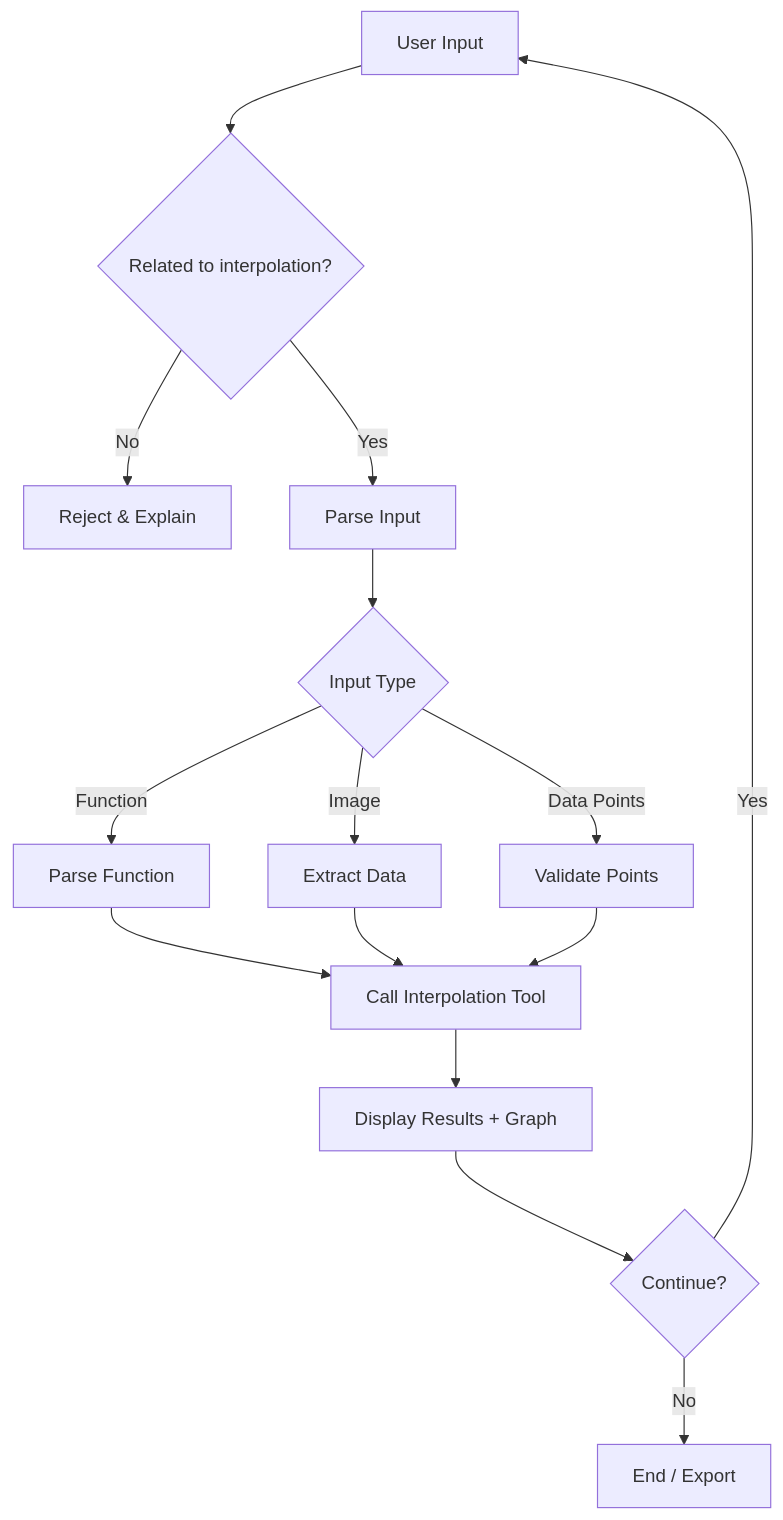
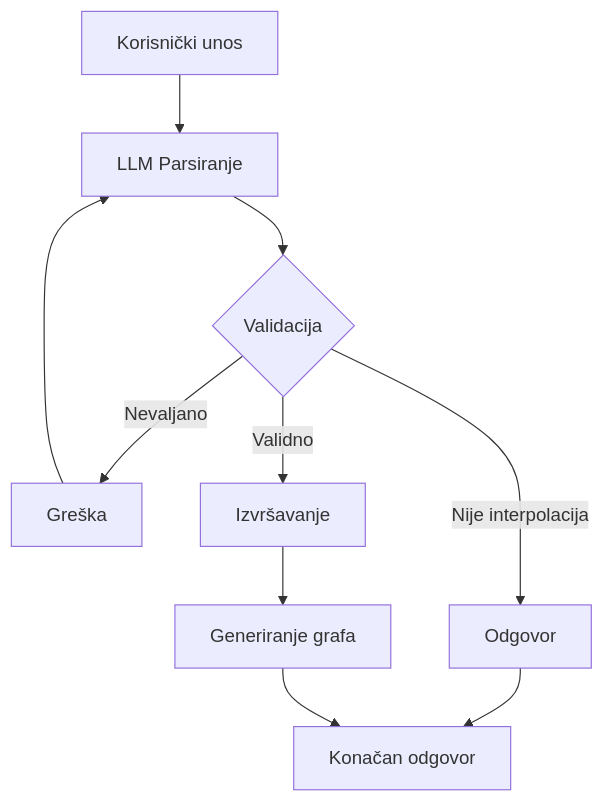
One commit to kadusic1/interpolator-ai changed the second of 2 diagrams in README.md. Above: the diagram before and after it, drawn with Mermaid. The commit also changed other lines of this file and 2 other files, not shown here.

````diff
--- a/README.md
+++ b/README.md
@@ -36,15 +61,8 @@
 ```mermaid
 flowchart TD
-    A[User Input] --> B{Related to interpolation?}
-    B -->|No| C[Reject & Explain]
-    B -->|Yes| D[Parse Input]
-    D --> E{Input Type}
-    E -->|Function| F[Parse Function]
-    E -->|Image| G[Extract Data]
-    E -->|Data Points| H[Validate Points]
-    F & G & H --> I[Call Interpolation Tool]
-    I --> J[Display Results + Graph]
-    J --> K{Continue?}
-    K -->|Yes| A
-    K -->|No| L[End / Export]
+    Start[Korisnički unos] --> Parse[LLM Parsiranje]
+    Parse --> Review{Validacija}
+    Review -->|Nevaljano| Error[Greška] --> Parse
+    Review -->|Nije interpolacija| Chat[Odgovor] --> End
+    Review -->|Validno| Calc[Izvršavanje] --> Graph[Generiranje grafa] --> End[Konačan odgovor]
 ```
````
